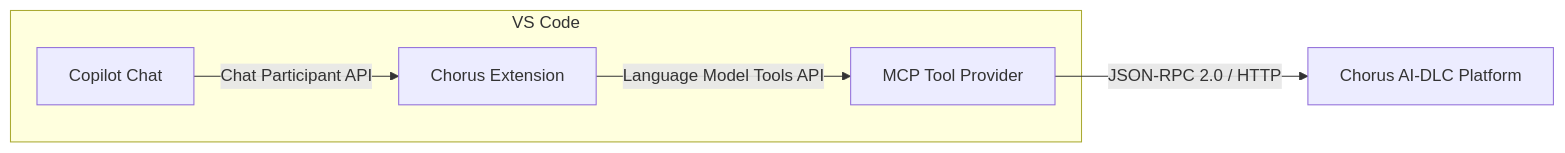
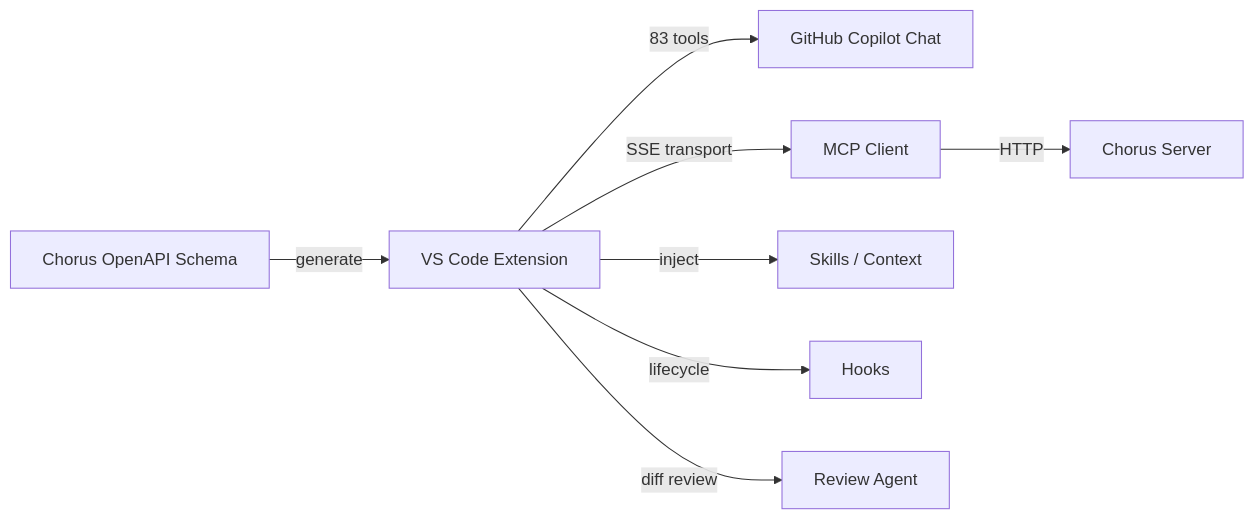
Before and after one commit to turbo998/Chorus-GitHub-Copilot: the diagram in README.md, drawn with Mermaid. The commit also changed other lines of this file and 31 other files, not shown here.

````diff
--- a/README.md
+++ b/README.md
@@ -17,8 +40,10 @@
 ```mermaid
 graph LR
-    subgraph VS Code
-        A[Copilot Chat] -->|Chat Participant API| B[Chorus Extension]
-        B -->|Language Model Tools API| C[MCP Tool Provider]
-    end
-    C -->|JSON-RPC 2.0 / HTTP| D[Chorus AI-DLC Platform]
+  A[Chorus OpenAPI Schema] -->|generate| B[VS Code Extension]
+  B -->|83 tools| C[GitHub Copilot Chat]
+  B -->|SSE transport| D[MCP Client]
+  D -->|HTTP| E[Chorus Server]
+  B -->|inject| F[Skills / Context]
+  B -->|lifecycle| G[Hooks]
+  B -->|diff review| H[Review Agent]
 ```
````
